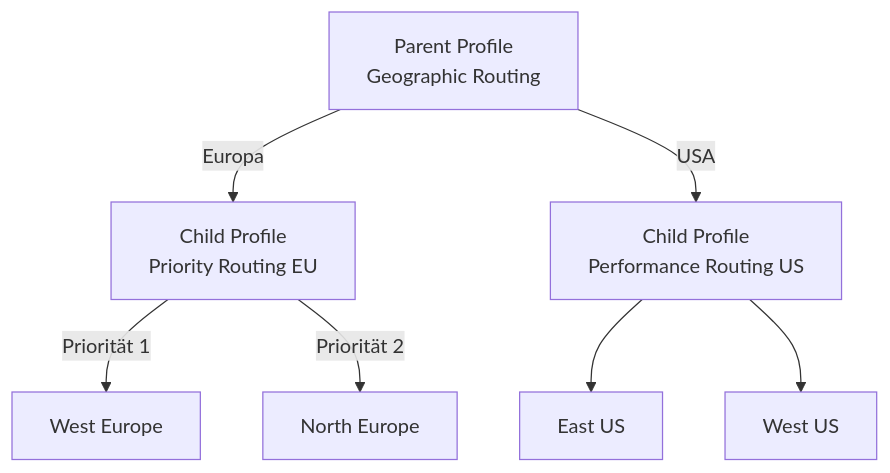
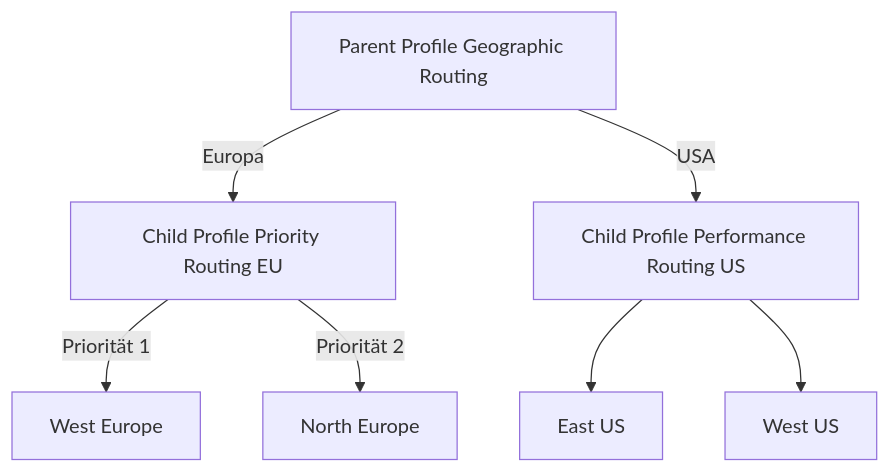
One commit to SoniiiT/notes-n-docs changed the fifth of 7 diagrams in Microsoft 365/Azure/Netzwerk/Azure Traffic Manager.md. Above: the diagram before and after it, drawn with Mermaid. The commit also changed other lines of this file and 124 other files, not shown here.

First line of the commit message:
fix: Entferne \n aus allen Mermaid-Diagrammen (125 Dateien)

````diff
--- a/Microsoft 365/Azure/Netzwerk/Azure Traffic Manager.md
+++ b/Microsoft 365/Azure/Netzwerk/Azure Traffic Manager.md
@@ -182,9 +182,9 @@
 ```mermaid
 graph TD
-    PARENT[Parent Profile\nGeographic Routing] -->|Europa| CHILD_EU[Child Profile\nPriority Routing EU]
-    PARENT -->|USA| CHILD_US[Child Profile\nPerformance Routing US]
+    PARENT[Parent Profile Geographic Routing] -->|Europa| CHILD_EU[Child Profile Priority Routing EU]
+    PARENT -->|USA| CHILD_US[Child Profile Performance Routing US]
     CHILD_EU -->|Priorität 1| WE[West Europe]
     CHILD_EU -->|Priorität 2| NE[North Europe]
     CHILD_US --> EUS[East US]
     CHILD_US --> WUS[West US]
 ```
````
